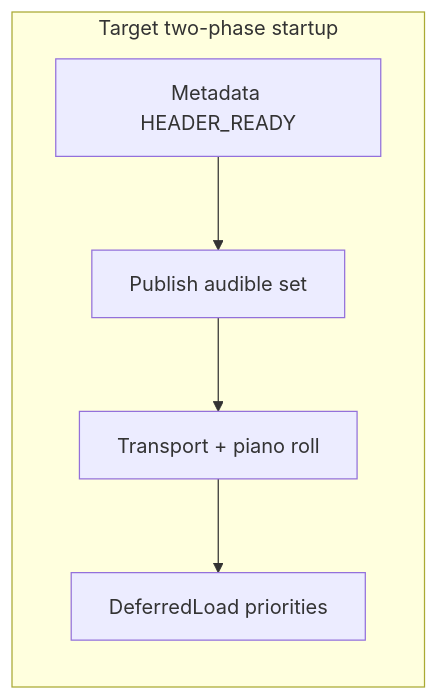
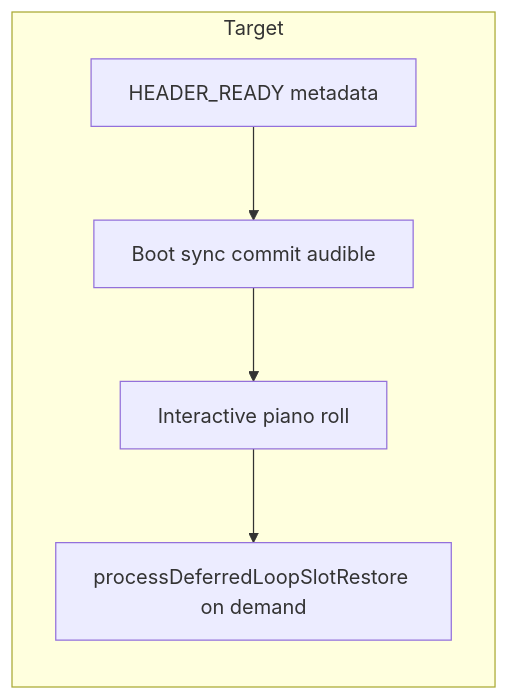
The fourth of 4 diagrams in docs/plans/unified_publish_pipeline_deferred_lazy_loading_architecture.md (Lytrix/MidiLooper), drawn with Mermaid before and after one commit. The commit also changed other lines of this file and 18 other files, not shown here.

First line of the commit message:
Open OpenSpec for Commit-centered deferred lazy slot load.

````diff
--- a/docs/plans/unified_publish_pipeline_deferred_lazy_loading_architecture.md
+++ b/docs/plans/unified_publish_pipeline_deferred_lazy_loading_architecture.md
@@ -75,11 +180,11 @@
 ```mermaid
 flowchart LR
-  subgraph target [Target two-phase startup]
-    meta[Metadata HEADER_READY]
-    aud[Publish audible set]
-    play[Transport + piano roll]
-    bg[DeferredLoad priorities]
+  subgraph target [Target]
+    meta[HEADER_READY metadata]
+    aud[Boot sync commit audible]
+    play[Interactive piano roll]
+    def[processDeferredLoopSlotRestore on demand]
     meta --> aud --> play
-    play --> bg
+    play --> def
   end
 ```
````
